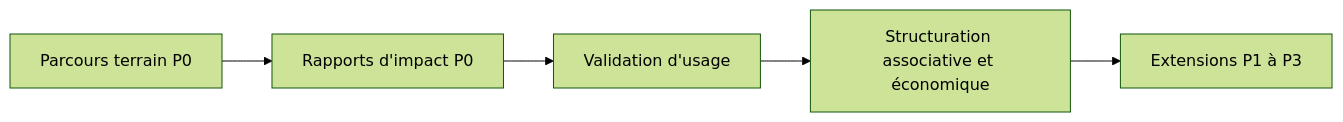
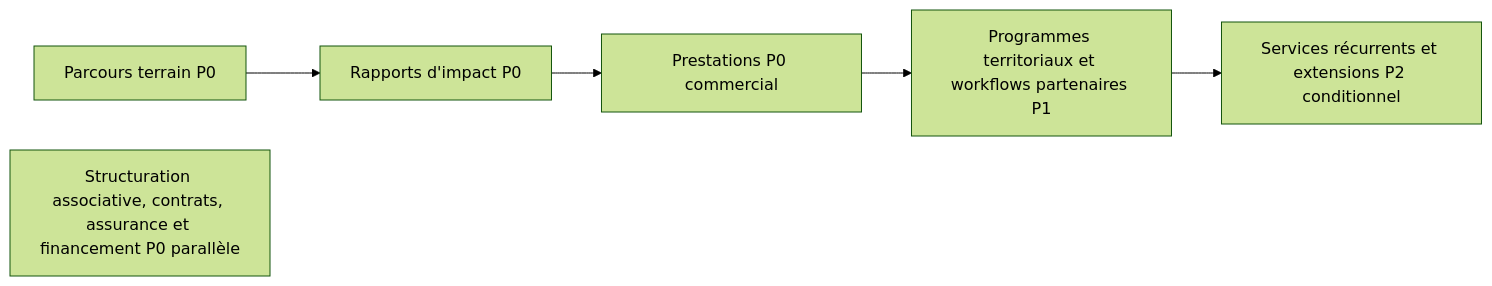
Before and after one commit to maxd4/CleanmyMap: the diagram in documentation/product/roadmap-priorisee.md, drawn with Mermaid (forest theme). The commit also changed other lines of this file and 1 other file, not shown here.

Commit message:
docs(product): align roadmap with economic strategy

````diff
--- a/documentation/product/roadmap-priorisee.md
+++ b/documentation/product/roadmap-priorisee.md
@@ -39,7 +50,8 @@
 ```mermaid
 flowchart LR
   TERRAIN[Parcours terrain P0] --> RAPPORTS[Rapports d'impact P0]
-  RAPPORTS --> USAGE[Validation d'usage]
-  USAGE --> STRUCTURE[Structuration associative et économique]
-  STRUCTURE --> EXTENSIONS[Extensions P1 à P3]
+  RAPPORTS --> PRESTATIONS[Prestations P0 commercial]
+  STRUCTURE[Structuration associative, contrats, assurance et financement P0 parallèle]
+  PRESTATIONS --> PROGRAMMES[Programmes territoriaux et workflows partenaires P1]
+  PROGRAMMES --> EXTENSIONS[Services récurrents et extensions P2 conditionnel]
 ```
````
